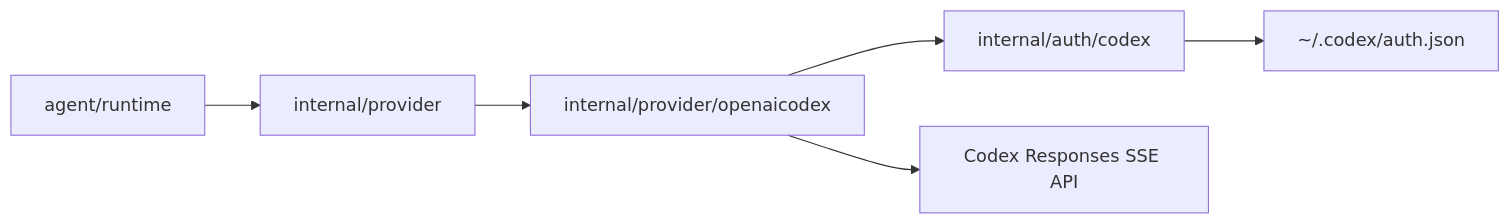
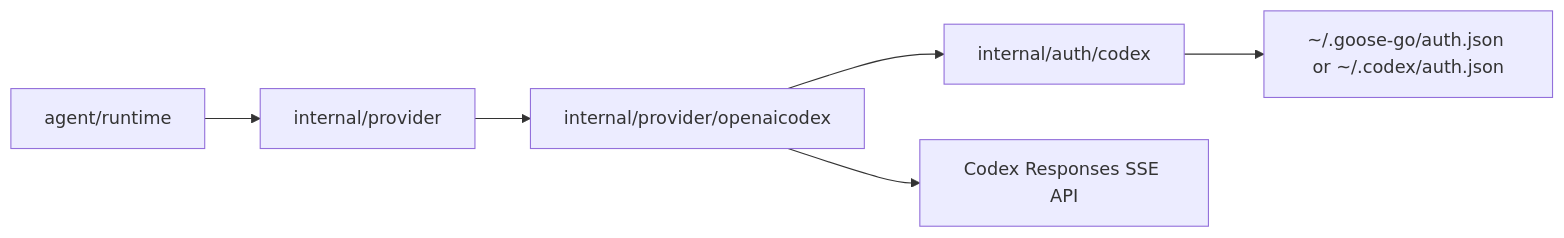
The first of 3 diagrams in internal/provider/openaicodex/ARCHITECTURE.md (xren/goose-go), drawn with Mermaid before and after one commit. The commit also changed other lines of this file and 13 other files, not shown here.

Commit message:
Add native Codex login flow and auth fallback

````diff
--- a/internal/provider/openaicodex/ARCHITECTURE.md
+++ b/internal/provider/openaicodex/ARCHITECTURE.md
@@ -31,8 +31,8 @@
 ```mermaid
 flowchart LR
     A["agent/runtime"] --> B["internal/provider"]
     B --> C["internal/provider/openaicodex"]
     C --> D["internal/auth/codex"]
-    D --> E["~/.codex/auth.json"]
+    D --> E["~/.goose-go/auth.json or ~/.codex/auth.json"]
     C --> F["Codex Responses SSE API"]
 ```
````
